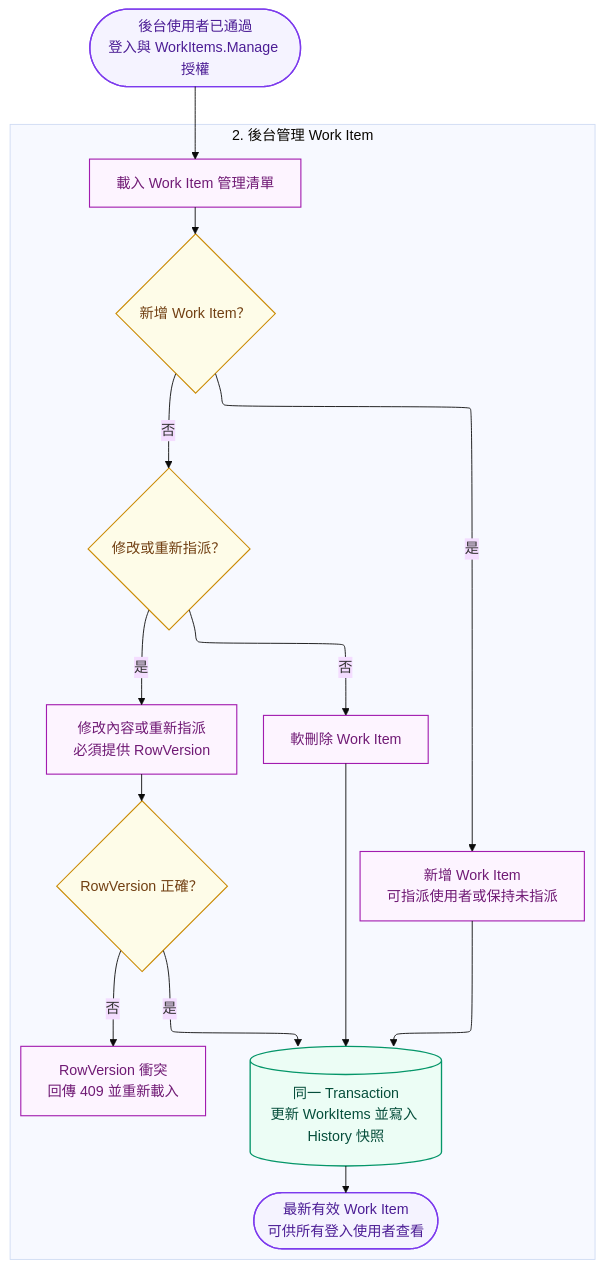
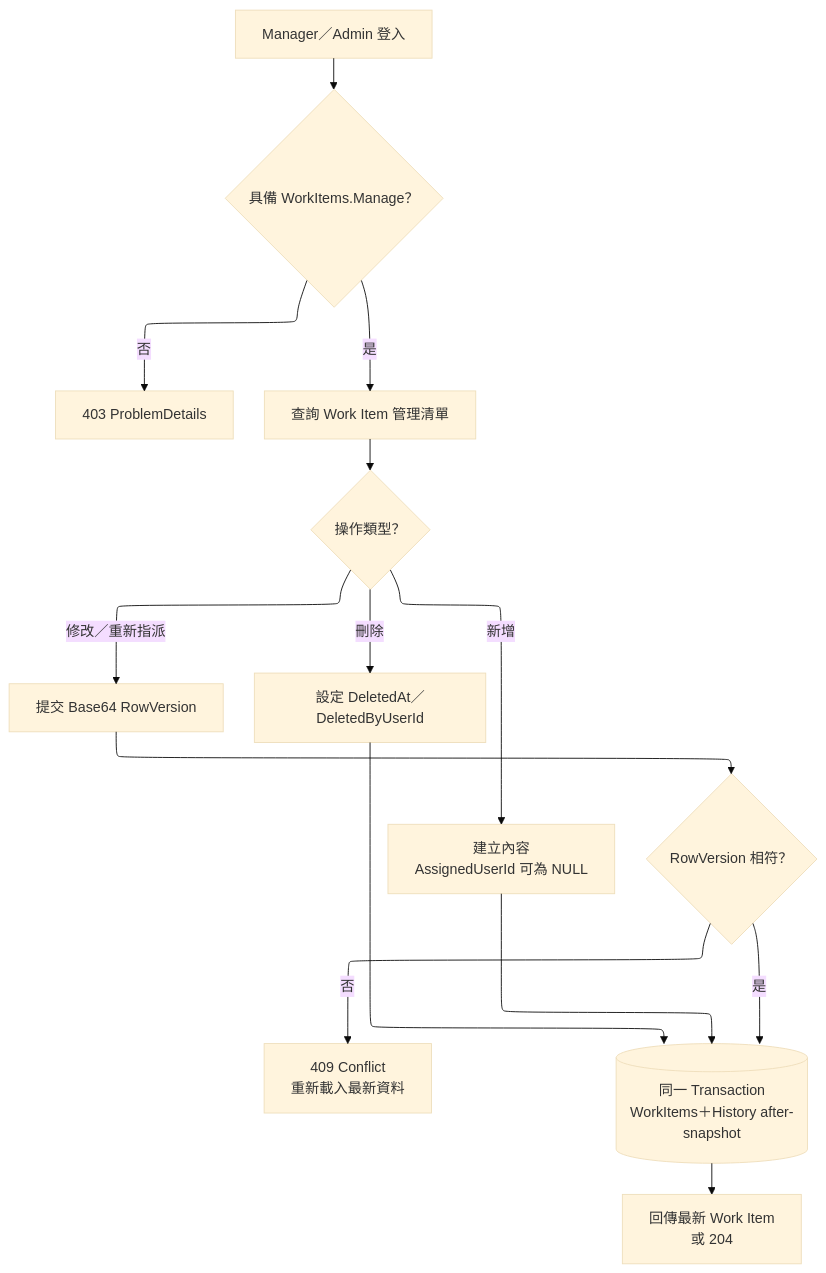
One commit to JJDing-Louis/MyWorkItem_Backend changed the fifth of 6 diagrams in docs/RuntimeWorkflow.md. Above: the diagram before and after it, drawn with Mermaid (base theme). The commit also changed other lines of this file and 10 other files, not shown here.

````diff
--- a/docs/RuntimeWorkflow.md
+++ b/docs/RuntimeWorkflow.md
@@ -95,42 +111,17 @@
 ```mermaid
-%%{init: {"flowchart": {"defaultRenderer": "elk", "nodeSpacing": 55, "rankSpacing": 80}}}%%
+%%{init: {"flowchart": {"defaultRenderer": "elk", "nodeSpacing": 50, "rankSpacing": 80}}}%%
 flowchart TD
-    backOfficeAuthorized(["後台使用者已通過<br/>登入與 WorkItems.Manage 授權"])
-
-    subgraph backOfficeManage["2. 後台管理 Work Item"]
-        direction TD
-        loadAdminItems["載入 Work Item 管理清單"]
-        createDecision{"新增 Work Item？"}
-        updateDecision{"修改或重新指派？"}
-        createItem["新增 Work Item<br/>可指派使用者或保持未指派"]
-        updateItem["修改內容或重新指派<br/>必須提供 RowVersion"]
-        rowVersionDecision{"RowVersion 正確？"}
-        deleteItem["軟刪除 Work Item"]
-        workItemTransaction[("同一 Transaction<br/>更新 WorkItems 並寫入 History 快照")]
-        conflict["RowVersion 衝突<br/>回傳 409 並重新載入"]
-        workItemAvailable(["最新有效 Work Item<br/>可供所有登入使用者查看"])
-
-        loadAdminItems --> createDecision
-        createDecision -->|"是"| createItem
-        createDecision -->|"否"| updateDecision
-        updateDecision -->|"是"| updateItem
-        updateDecision -->|"否"| deleteItem
-        updateItem --> rowVersionDecision
-        rowVersionDecision -->|"是"| workItemTransaction
-        rowVersionDecision -->|"否"| conflict
-        createItem --> workItemTransaction
-        deleteItem --> workItemTransaction
-        workItemTransaction --> workItemAvailable
-    end
-
-    backOfficeAuthorized --> loadAdminItems
-
-    classDef decision fill:#FEFCE8,stroke:#CA8A04,color:#713F12,stroke-width:1.25px;
-    classDef storage fill:#ECFDF5,stroke:#059669,color:#064E3B,stroke-width:1.5px;
-    classDef outcome fill:#F5F3FF,stroke:#7C3AED,color:#4C1D95,stroke-width:1.5px;
-    classDef management fill:#FDF4FF,stroke:#A21CAF,color:#701A75,stroke-width:1.25px;
-    class loadAdminItems,createItem,updateItem,deleteItem,conflict management;
-    class createDecision,updateDecision,rowVersionDecision decision;
-    class workItemTransaction storage;
-    class backOfficeAuthorized,workItemAvailable outcome;
+    login["Manager／Admin 登入"] --> permission{"具備 WorkItems.Manage？"}
+    permission -->|"否"| forbidden["403 ProblemDetails"]
+    permission -->|"是"| list["查詢 Work Item 管理清單"]
+    list --> action{"操作類型？"}
+    action -->|"新增"| create["建立內容<br/>AssignedUserId 可為 NULL"]
+    action -->|"修改／重新指派"| update["提交 Base64 RowVersion"]
+    action -->|"刪除"| delete["設定 DeletedAt／DeletedByUserId"]
+    update --> version{"RowVersion 相符？"}
+    version -->|"否"| conflict["409 Conflict<br/>重新載入最新資料"]
+    version -->|"是"| transaction
+    create --> transaction[("同一 Transaction<br/>WorkItems＋History after-snapshot")]
+    delete --> transaction
+    transaction --> result["回傳最新 Work Item<br/>或 204"]
 ```
````
